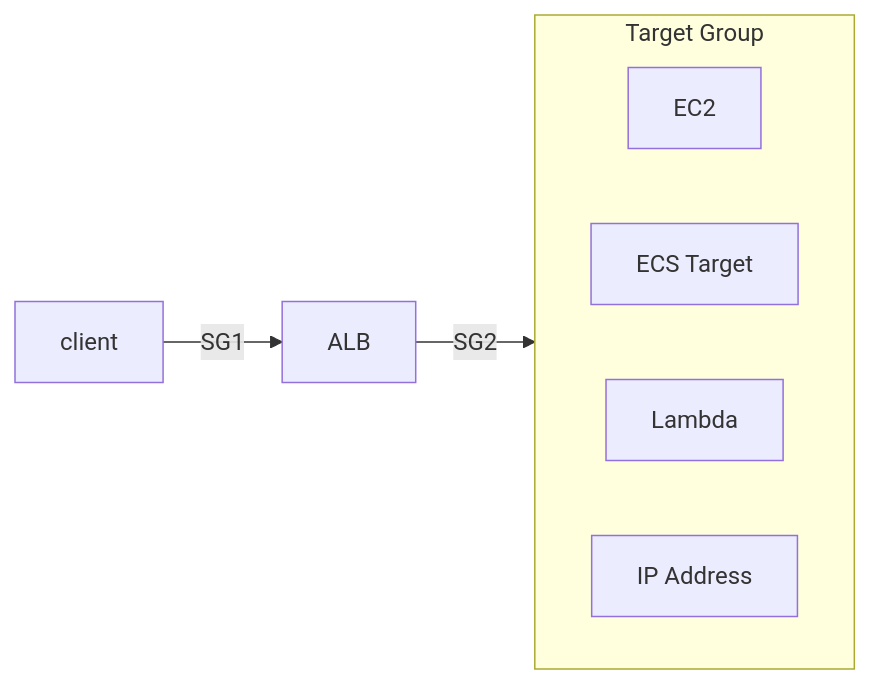
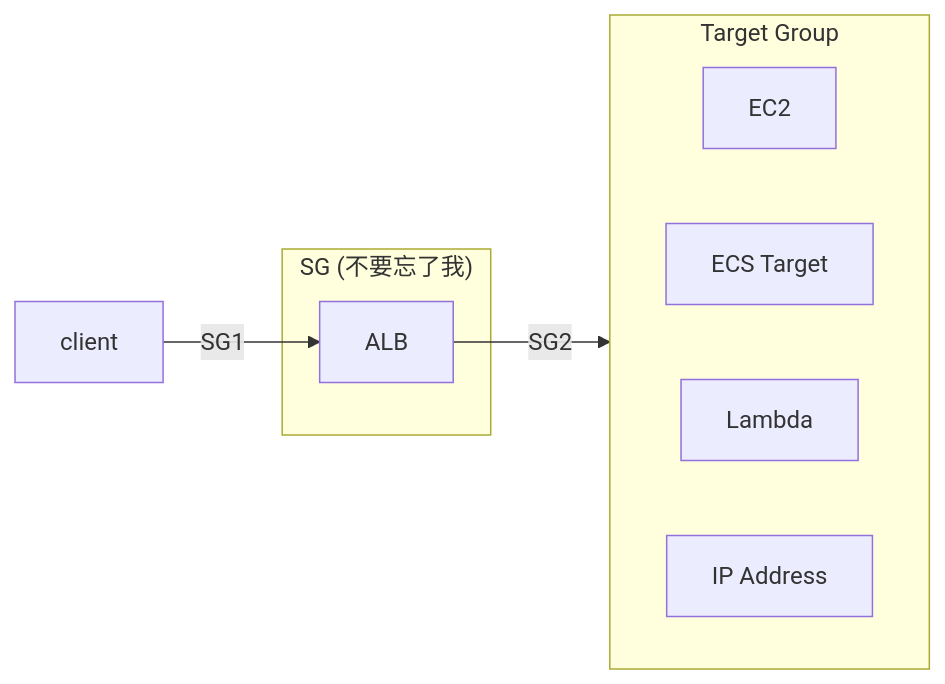
One commit to cool21540125/documentation-notes changed the first of 5 diagrams in aws/ELB.md. Above: the diagram before and after it, drawn with Mermaid. The commit also changed 9 other files, not shown here.

````diff
--- a/aws/ELB.md
+++ b/aws/ELB.md
@@ -74,14 +74,18 @@
 ```mermaid
 flowchart LR
 
 subgraph tg1["Target Group"]
     direction LR
     t1["EC2"]
     t2["ECS Target"]
     t3["Lambda"]
     t4["IP Address"]
 end
 
+subgraph SG["SG (不要忘了我)"]
+    ALB
+end
+
 client -- SG1 --> ALB;
 ALB -- SG2 --> tg1;
 ```
````
